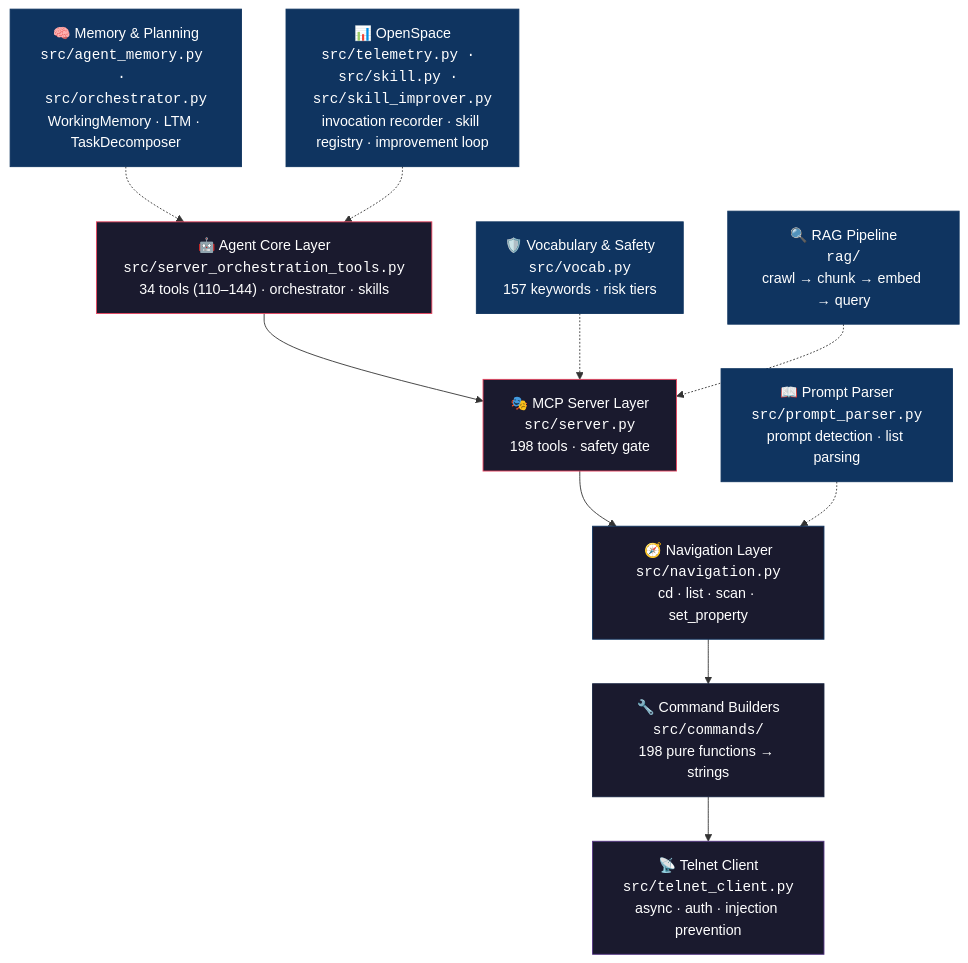
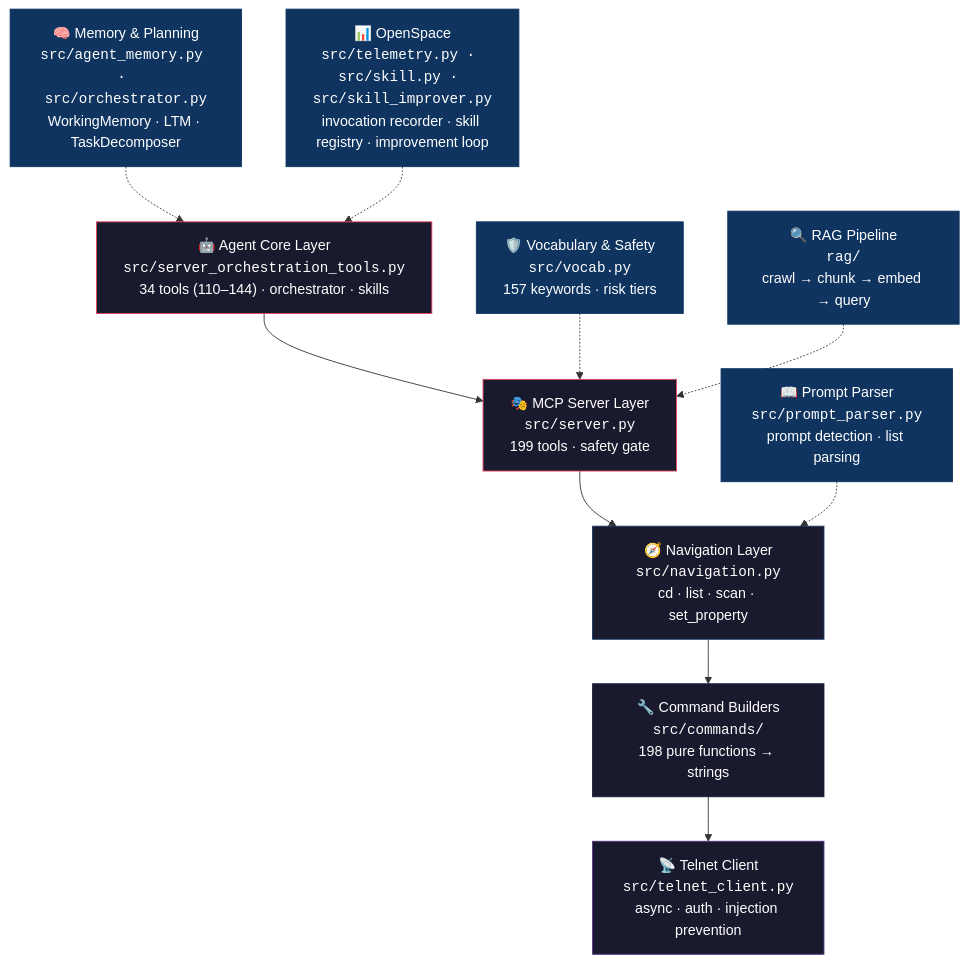
One commit to drohi-r/grandma2-mcp changed the first of 2 diagrams in README.md. Above: the diagram before and after it, drawn with Mermaid. The commit also changed other lines of this file and 8 other files, not shown here.

````diff
--- a/README.md
+++ b/README.md
@@ -64,25 +64,25 @@
 ```mermaid
 graph TD
     H["🤖 Agent Core Layer<br/><code>src/server_orchestration_tools.py</code><br/>34 tools (110–144) · orchestrator · skills"] --> A
-    A["🎭 MCP Server Layer<br/><code>src/server.py</code><br/>198 tools · safety gate"] --> B
+    A["🎭 MCP Server Layer<br/><code>src/server.py</code><br/>199 tools · safety gate"] --> B
     B["🧭 Navigation Layer<br/><code>src/navigation.py</code><br/>cd · list · scan · set_property"] --> C
     C["🔧 Command Builders<br/><code>src/commands/</code><br/>198 pure functions → strings"] --> D
     D["📡 Telnet Client<br/><code>src/telnet_client.py</code><br/>async · auth · injection prevention"]
 
     E["📖 Prompt Parser<br/><code>src/prompt_parser.py</code><br/>prompt detection · list parsing"] -.-> B
     F["🛡️ Vocabulary & Safety<br/><code>src/vocab.py</code><br/>157 keywords · risk tiers"] -.-> A
     G["🔍 RAG Pipeline<br/><code>rag/</code><br/>crawl → chunk → embed → query"] -.-> A
     I["🧠 Memory & Planning<br/><code>src/agent_memory.py · src/orchestrator.py</code><br/>WorkingMemory · LTM · TaskDecomposer"] -.-> H
     J["📊 OpenSpace<br/><code>src/telemetry.py · src/skill.py · src/skill_improver.py</code><br/>invocation recorder · skill registry · improvement loop"] -.-> H
 
     style H fill:#1a1a2e,stroke:#e94560,color:#fff
     style A fill:#1a1a2e,stroke:#e94560,color:#fff
     style B fill:#1a1a2e,stroke:#0f3460,color:#fff
     style C fill:#1a1a2e,stroke:#16213e,color:#fff
     style D fill:#1a1a2e,stroke:#533483,color:#fff
     style E fill:#0f3460,stroke:#0f3460,color:#fff
     style F fill:#0f3460,stroke:#0f3460,color:#fff
     style G fill:#0f3460,stroke:#0f3460,color:#fff
     style I fill:#0f3460,stroke:#0f3460,color:#fff
     style J fill:#0f3460,stroke:#0f3460,color:#fff
 ```
````
